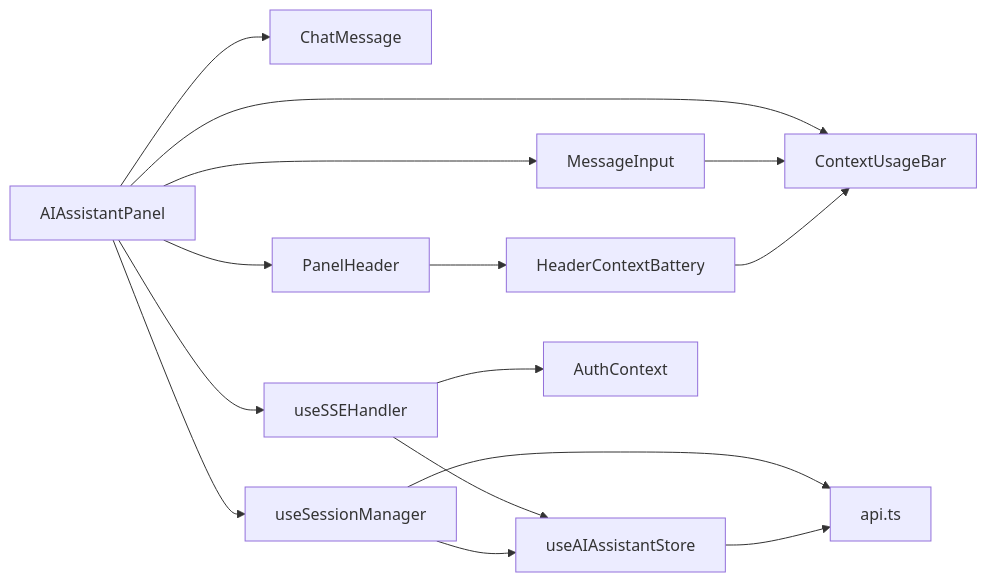
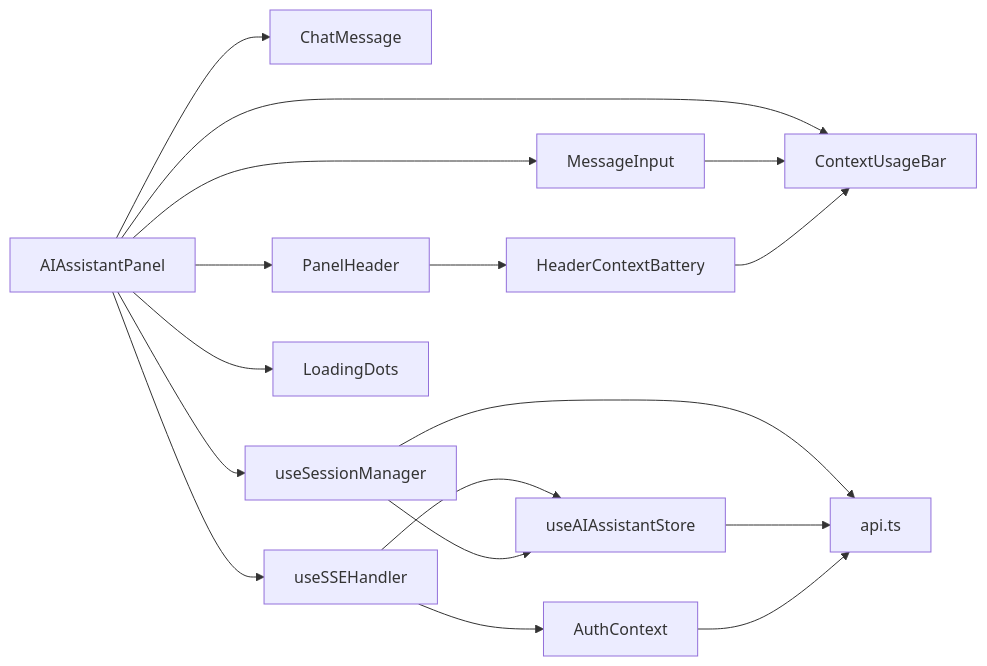
Diagram 12 of 12 in .qoder/repowiki/zh/content/前端应用架构/UI组件库/画布组件系统/AI助手面板.md (KunLabAI/KunFlix), drawn with Mermaid before and after one commit. The commit also changed other lines of this file and 11 other files, not shown here.

````diff
--- a/.qoder/repowiki/zh/content/前端应用架构/UI组件库/画布组件系统/AI助手面板.md
+++ b/.qoder/repowiki/zh/content/前端应用架构/UI组件库/画布组件系统/AI助手面板.md
@@ -534,17 +554,19 @@
 ```mermaid
 graph LR
 AIP["AIAssistantPanel"] --> CHAT["ChatMessage"]
 AIP --> INPUT["MessageInput"]
 AIP --> HDR["PanelHeader"]
 AIP --> SSE["useSSEHandler"]
 AIP --> SESS["useSessionManager"]
 AIP --> CONTEXT["ContextUsageBar"]
+AIP --> LOADING["LoadingDots"]
 HDR --> HEADERCTX["HeaderContextBattery"]
 SSE --> STORE["useAIAssistantStore"]
 SESS --> STORE
 SESS --> API["api.ts"]
 SSE --> AUTH["AuthContext"]
 STORE --> API
 INPUT --> CONTEXT
 HEADERCTX --> CONTEXT
+AUTH --> API
 ```
````
